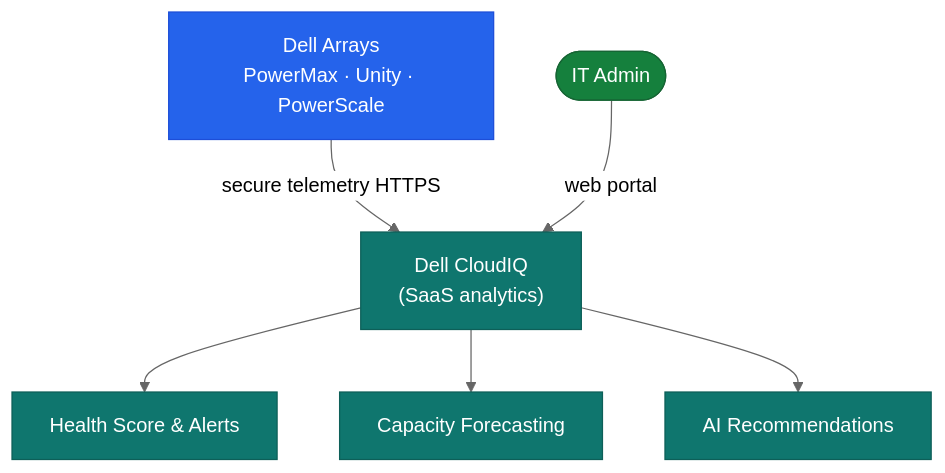
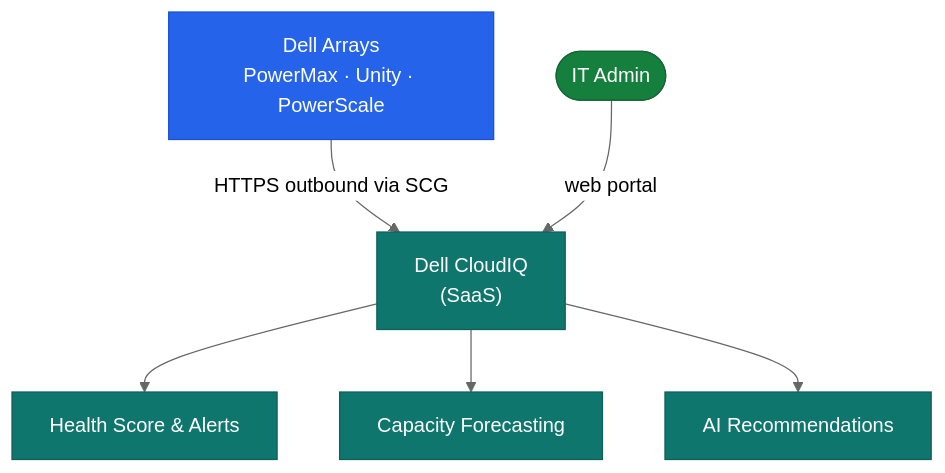
One commit to canast01/chris-kb changed the diagram in docs/monitoring/cloudiq/architecture/index.md. Above: the diagram before and after it, drawn with Mermaid (neutral theme). The commit also changed other lines of this file and 38 other files, not shown here.

First line of the commit message:
Migrate 7 critical architecture pages and fix minor card descriptions

````diff
--- a/docs/monitoring/cloudiq/architecture/index.md
+++ b/docs/monitoring/cloudiq/architecture/index.md
@@ -8,14 +27,14 @@
 ```mermaid
 graph TB
-  ARRAYS["Dell Arrays\nPowerMax · Unity · PowerScale"] -->|"secure telemetry HTTPS"| CLOUDIQ["Dell CloudIQ\n(SaaS analytics)"]
+  ARRAYS["Dell Arrays\nPowerMax · Unity · PowerScale"] -->|"HTTPS outbound via SCG"| CLOUDIQ["Dell CloudIQ\n(SaaS)"]
   CLOUDIQ --> HEALTH["Health Score & Alerts"]
   CLOUDIQ --> CAP["Capacity Forecasting"]
   CLOUDIQ --> REC["AI Recommendations"]
   ADMIN(["IT Admin"]) -->|"web portal"| CLOUDIQ
   classDef ctrl fill:#2563eb,stroke:#1d4ed8,color:#fff
   classDef cloud fill:#0f766e,stroke:#0d5f58,color:#fff
   classDef host fill:#15803d,stroke:#166534,color:#fff
   class ARRAYS ctrl
   class CLOUDIQ,HEALTH,CAP,REC cloud
   class ADMIN host
 ```
````
